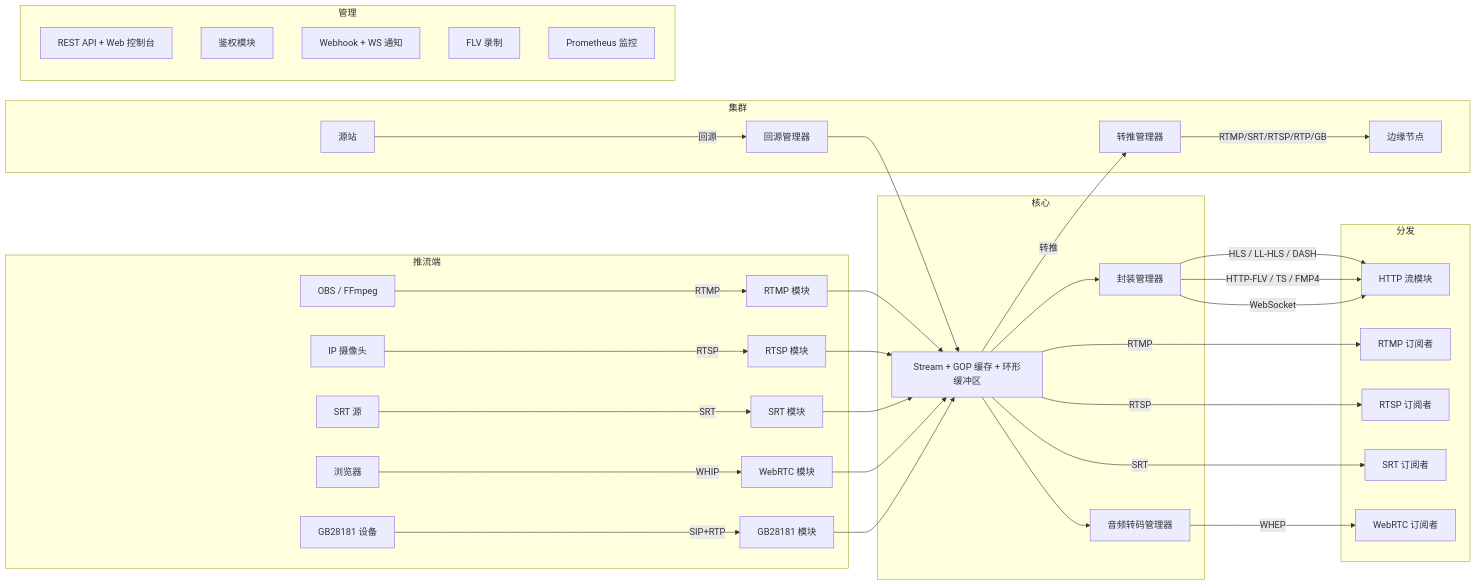
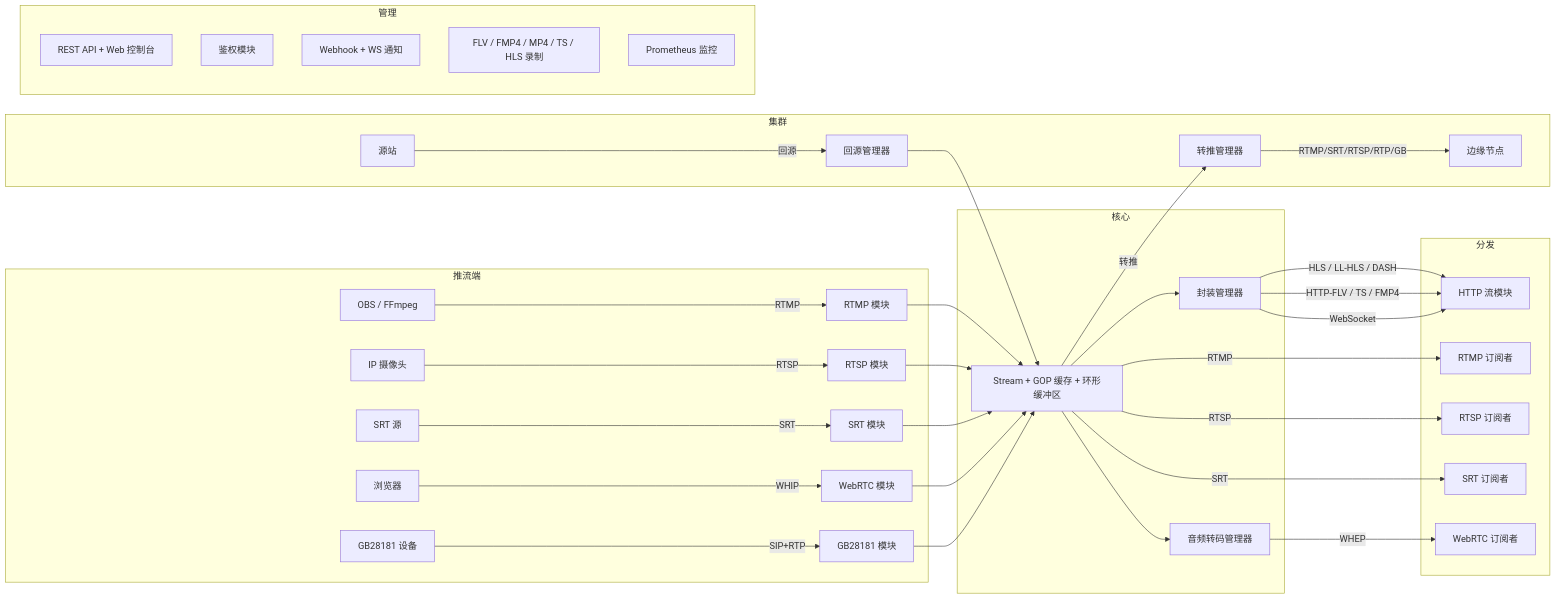
One commit to im-pingo/liveforge changed the diagram in README.zh-CN.md. Above: the diagram before and after it, drawn with Mermaid. The commit also changed other lines of this file and 15 other files, not shown here.

````diff
--- a/README.zh-CN.md
+++ b/README.zh-CN.md
@@ -135,45 +135,45 @@
 ```mermaid
 graph LR
     subgraph 推流端
         OBS[OBS / FFmpeg] -->|RTMP| RTMP_MOD[RTMP 模块]
         CAM[IP 摄像头] -->|RTSP| RTSP_MOD[RTSP 模块]
         SRT_PUB[SRT 源] -->|SRT| SRT_MOD[SRT 模块]
         BROWSER_PUB[浏览器] -->|WHIP| WEBRTC_MOD[WebRTC 模块]
         GB_DEV[GB28181 设备] -->|SIP+RTP| GB_MOD[GB28181 模块]
     end
 
     subgraph 核心
         RTMP_MOD --> STREAM[Stream + GOP 缓存 + 环形缓冲区]
         RTSP_MOD --> STREAM
         SRT_MOD --> STREAM
         WEBRTC_MOD --> STREAM
         GB_MOD --> STREAM
         STREAM --> TRANSCODE[音频转码管理器]
         STREAM --> MUXER[封装管理器]
     end
 
     subgraph 分发
         MUXER -->|HLS / LL-HLS / DASH| HTTP_MOD[HTTP 流模块]
         MUXER -->|HTTP-FLV / TS / FMP4| HTTP_MOD
         MUXER -->|WebSocket| HTTP_MOD
         STREAM -->|RTMP| RTMP_SUB[RTMP 订阅者]
         STREAM -->|RTSP| RTSP_SUB[RTSP 订阅者]
         STREAM -->|SRT| SRT_SUB[SRT 订阅者]
         TRANSCODE -->|WHEP| WEBRTC_SUB[WebRTC 订阅者]
     end
 
     subgraph 集群
         STREAM -->|转推| FWD[转推管理器]
         FWD -->|RTMP/SRT/RTSP/RTP/GB| EDGE[边缘节点]
         ORIGIN[源站] -->|回源| OPL[回源管理器]
         OPL --> STREAM
     end
 
     subgraph 管理
         API[REST API + Web 控制台]
         AUTH[鉴权模块]
         NOTIFY[Webhook + WS 通知]
-        RECORD[FLV 录制]
+        RECORD[FLV / FMP4 / MP4 / TS / HLS 录制]
         METRICS[Prometheus 监控]
     end
 ```
````
